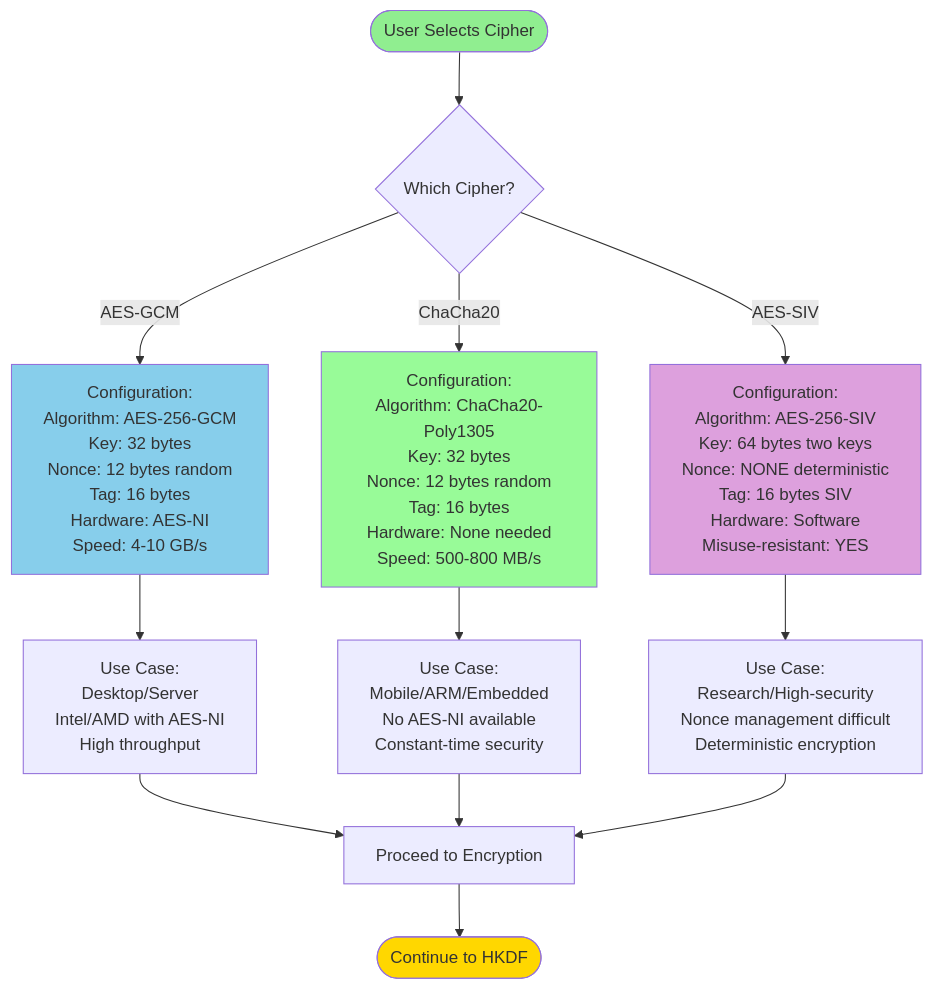
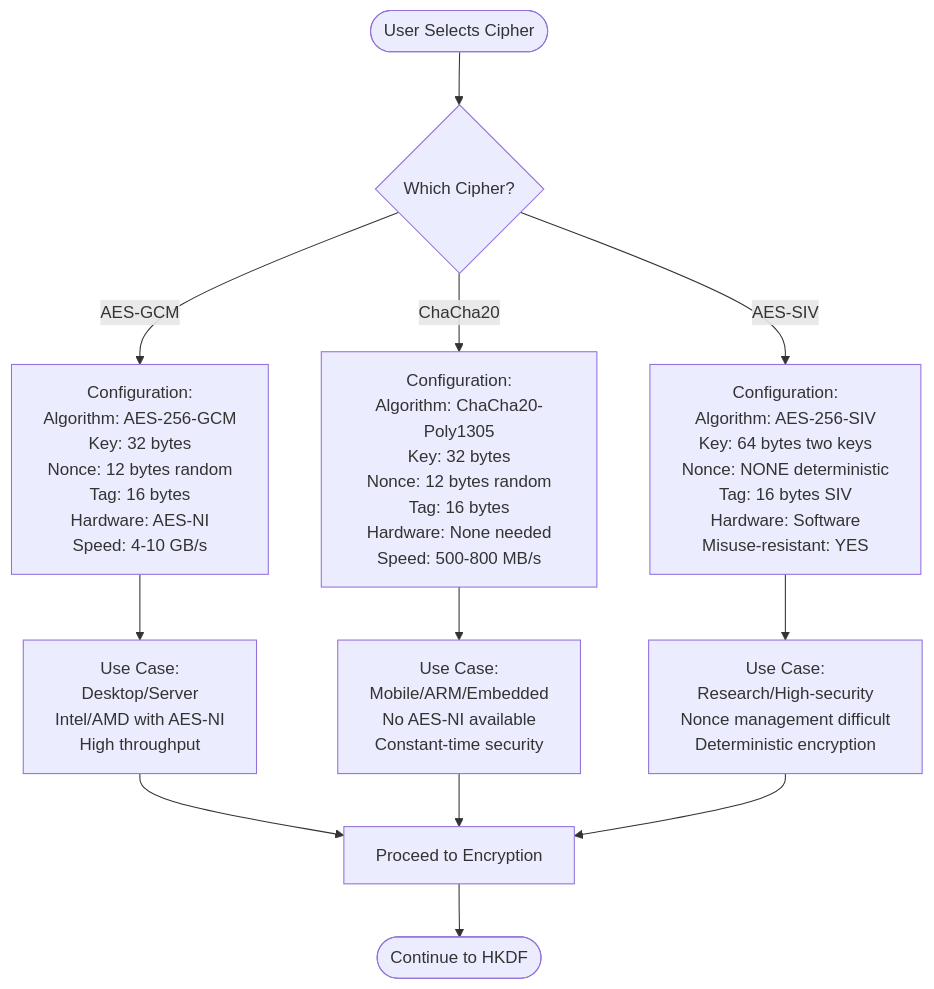
The third of 5 diagrams in ACTIVITY_DIAGRAM.md (amnaahmed567/bb84-hybrid-encryption), drawn with Mermaid before and after one commit. The commit also changed other lines of this file, not shown here.

````diff
--- a/ACTIVITY_DIAGRAM.md
+++ b/ACTIVITY_DIAGRAM.md
@@ -294,28 +78,22 @@
 ```mermaid
 flowchart TD
     Start([User Selects Cipher]) --> Choice{Which Cipher?}
     
     Choice -->|AES-GCM| AES_Config[Configuration:<br/>Algorithm: AES-256-GCM<br/>Key: 32 bytes<br/>Nonce: 12 bytes random<br/>Tag: 16 bytes<br/>Hardware: AES-NI<br/>Speed: 4-10 GB/s]
     
     Choice -->|ChaCha20| CC_Config[Configuration:<br/>Algorithm: ChaCha20-Poly1305<br/>Key: 32 bytes<br/>Nonce: 12 bytes random<br/>Tag: 16 bytes<br/>Hardware: None needed<br/>Speed: 500-800 MB/s]
     
     Choice -->|AES-SIV| SIV_Config[Configuration:<br/>Algorithm: AES-256-SIV<br/>Key: 64 bytes two keys<br/>Nonce: NONE deterministic<br/>Tag: 16 bytes SIV<br/>Hardware: Software<br/>Misuse-resistant: YES]
     
     AES_Config --> AES_Use[Use Case:<br/>Desktop/Server<br/>Intel/AMD with AES-NI<br/>High throughput]
     
     CC_Config --> CC_Use[Use Case:<br/>Mobile/ARM/Embedded<br/>No AES-NI available<br/>Constant-time security]
     
     SIV_Config --> SIV_Use[Use Case:<br/>Research/High-security<br/>Nonce management difficult<br/>Deterministic encryption]
     
     AES_Use --> Proceed[Proceed to Encryption]
     CC_Use --> Proceed
     SIV_Use --> Proceed
     
     Proceed --> End([Continue to HKDF])
-    
-    style Start fill:#90EE90
-    style End fill:#FFD700
-    style AES_Config fill:#87CEEB
-    style CC_Config fill:#98FB98
-    style SIV_Config fill:#DDA0DD
 ```
````
